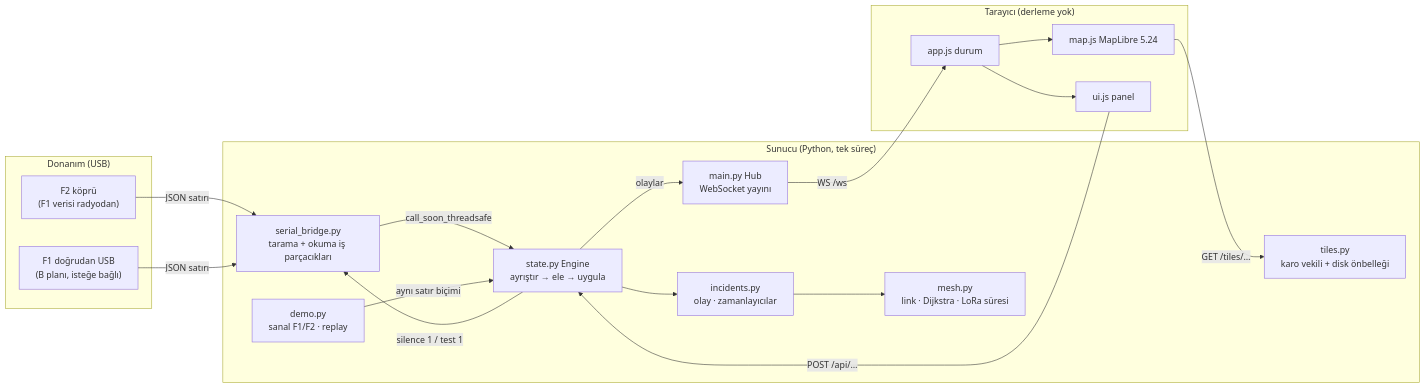
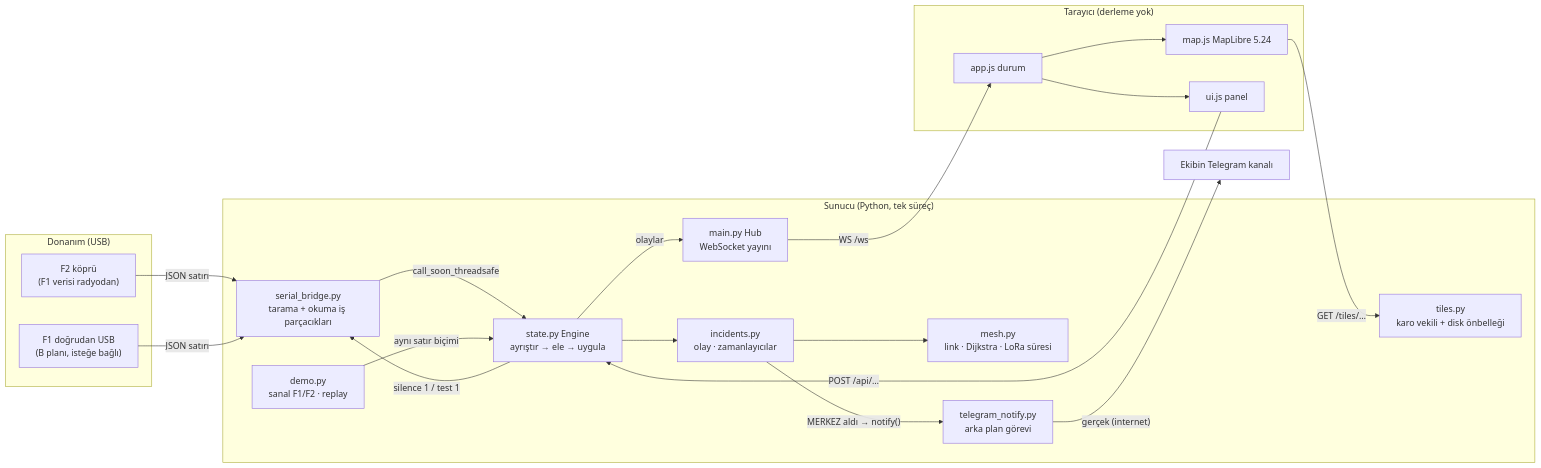
The first of 3 diagrams in docs/ARCHITECTURE.md (Nogeday/orman-yangini-erken-uyari), drawn with Mermaid before and after one commit. The commit also changed other lines of this file and 15 other files, not shown here.

````diff
--- a/docs/ARCHITECTURE.md
+++ b/docs/ARCHITECTURE.md
@@ -8,34 +8,37 @@
 ```mermaid
 flowchart LR
   subgraph HW["Donanım (USB)"]
     F2["F2 köprü<br/>(F1 verisi radyodan)"]
     F1U["F1 doğrudan USB<br/>(B planı, isteğe bağlı)"]
   end
   subgraph SRV["Sunucu (Python, tek süreç)"]
     SB["serial_bridge.py<br/>tarama + okuma iş parçacıkları"]
     DM["demo.py<br/>sanal F1/F2 · replay"]
     EN["state.py Engine<br/>ayrıştır → ele → uygula"]
     IN["incidents.py<br/>olay · zamanlayıcılar"]
     MS["mesh.py<br/>link · Dijkstra · LoRa süresi"]
     TP["tiles.py<br/>karo vekili + disk önbelleği"]
     HUB["main.py Hub<br/>WebSocket yayını"]
+    TG["telegram_notify.py<br/>arka plan görevi"]
   end
   subgraph WEB["Tarayıcı (derleme yok)"]
     APP["app.js durum"]
     MAP["map.js MapLibre 5.24"]
     UI["ui.js panel"]
   end
   F2 -- "JSON satırı" --> SB
   F1U -- "JSON satırı" --> SB
   SB -- "call_soon_threadsafe" --> EN
   DM -- "aynı satır biçimi" --> EN
   EN --> IN
   IN --> MS
   EN -- "olaylar" --> HUB
   HUB -- "WS /ws" --> APP
   APP --> MAP
   APP --> UI
   MAP -- "GET /tiles/…" --> TP
   UI -- "POST /api/…" --> EN
   EN -- "silence 1 / test 1" --> SB
+  IN -- "MERKEZ aldı → notify()" --> TG
+  TG -- "gerçek (internet)" --> TK["Ekibin Telegram kanalı"]
 ```
````
